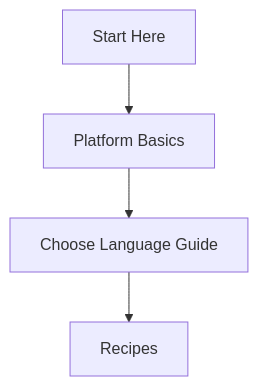
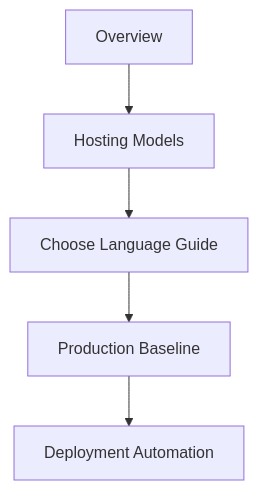
The second of 4 diagrams in docs/start-here/learning-paths.md (yeongseon/azure-app-service-practical-guide), drawn with Mermaid before and after one commit. The commit also changed other lines of this file, not shown here.

````diff
--- a/docs/start-here/learning-paths.md
+++ b/docs/start-here/learning-paths.md
@@ -38,6 +72,7 @@
 ```mermaid
-graph TD
-    A[Start Here] --> B[Platform Basics]
+flowchart TD
+    A[Overview] --> B[Hosting Models]
     B --> C[Choose Language Guide]
-    C --> D[Recipes]
+    C --> D[Production Baseline]
+    D --> E[Deployment Automation]
 ```
````
